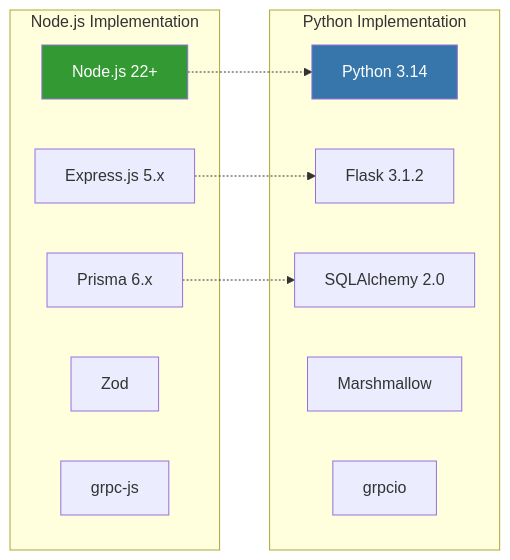
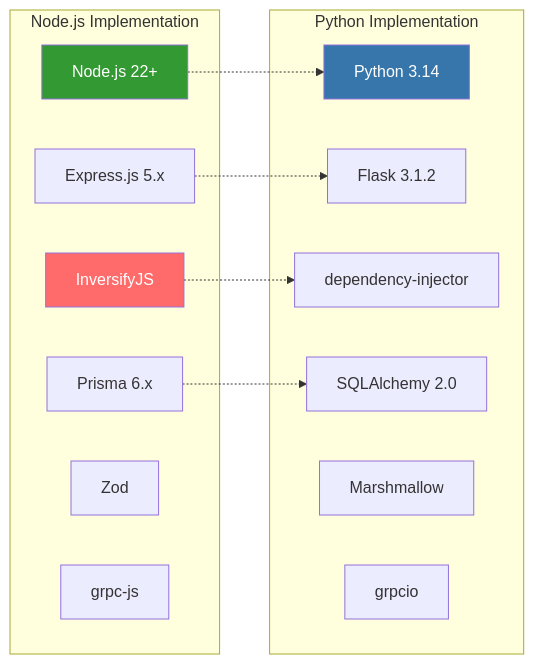
Before and after one commit to jrjohn/arcana-cloud-nodejs: diagram 14 of 15 in README.md, drawn with Mermaid. The commit also changed other lines of this file and 32 other files, not shown here.

````diff
--- a/README.md
+++ b/README.md
@@ -583,25 +737,29 @@
 ```mermaid
 graph LR
     subgraph "Node.js Implementation"
         N_RT["Node.js 22+"]
         N_FW["Express.js 5.x"]
+        N_DI["InversifyJS"]
         N_ORM["Prisma 6.x"]
         N_VAL["Zod"]
         N_GRPC["grpc-js"]
     end
 
     subgraph "Python Implementation"
         P_RT["Python 3.14"]
         P_FW["Flask 3.1.2"]
+        P_DI["dependency-injector"]
         P_ORM["SQLAlchemy 2.0"]
         P_VAL["Marshmallow"]
         P_GRPC["grpcio"]
     end
 
     N_RT -.-> P_RT
     N_FW -.-> P_FW
+    N_DI -.-> P_DI
     N_ORM -.-> P_ORM
 
     style N_RT fill:#339933,color:#fff
     style P_RT fill:#3776AB,color:#fff
+    style N_DI fill:#FF6B6B,color:#fff
 ```
````
